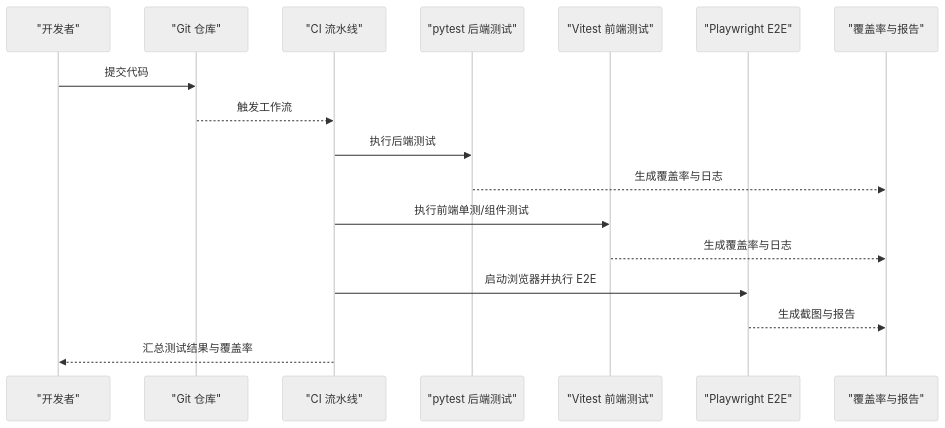
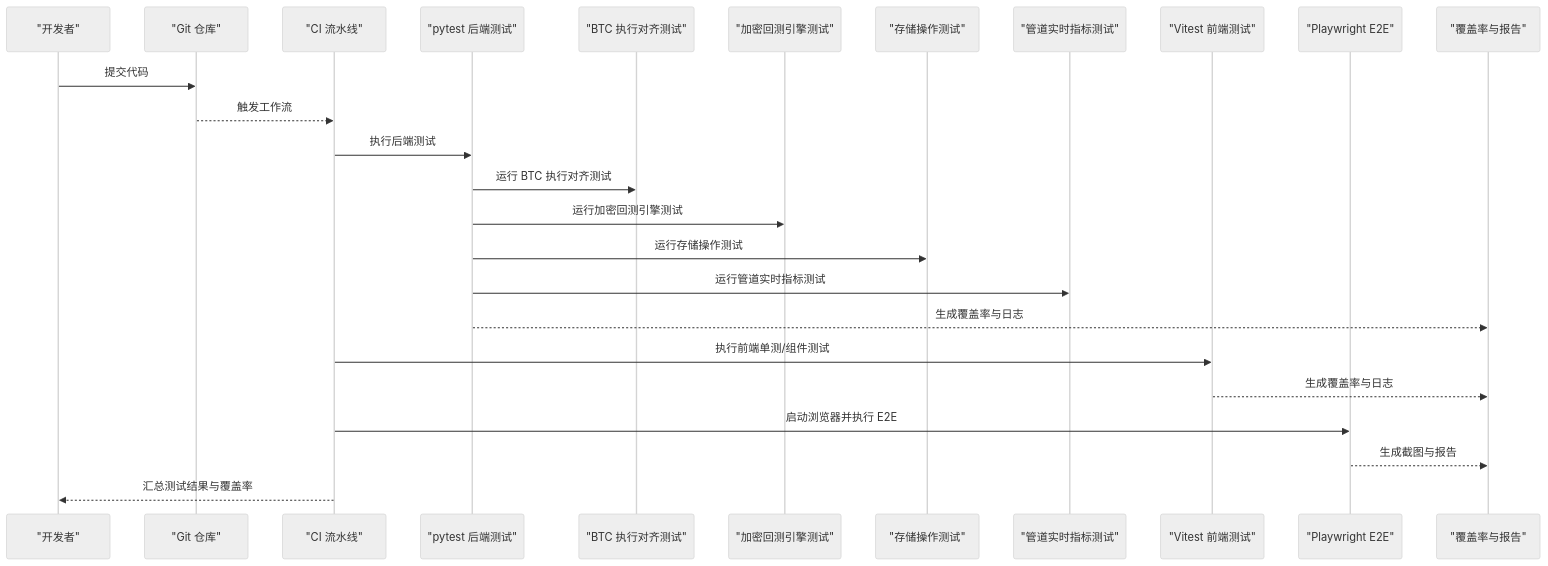
Before and after one commit to anYaoooo/daily_stock_analysis: the second of 10 diagrams in .qoder/repowiki/zh/content/开发指南/测试指南.md, drawn with Mermaid (neutral theme). The commit also changed other lines of this file and 140 other files, not shown here.

````diff
--- a/.qoder/repowiki/zh/content/开发指南/测试指南.md
+++ b/.qoder/repowiki/zh/content/开发指南/测试指南.md
@@ -109,19 +136,27 @@
 ```mermaid
 sequenceDiagram
 participant Dev as "开发者"
 participant Git as "Git 仓库"
 participant CI as "CI 流水线"
 participant PyTest as "pytest 后端测试"
+participant BTC as "BTC 执行对齐测试"
+participant Backtest as "加密回测引擎测试"
+participant Storage as "存储操作测试"
+participant Pipeline as "管道实时指标测试"
 participant Vitest as "Vitest 前端测试"
 participant PW as "Playwright E2E"
 participant Report as "覆盖率与报告"
 Dev->>Git : 提交代码
 Git-->>CI : 触发工作流
 CI->>PyTest : 执行后端测试
+PyTest->>BTC : 运行 BTC 执行对齐测试
+PyTest->>Backtest : 运行加密回测引擎测试
+PyTest->>Storage : 运行存储操作测试
+PyTest->>Pipeline : 运行管道实时指标测试
 PyTest-->>Report : 生成覆盖率与日志
 CI->>Vitest : 执行前端单测/组件测试
 Vitest-->>Report : 生成覆盖率与日志
 CI->>PW : 启动浏览器并执行 E2E
 PW-->>Report : 生成截图与报告
 CI-->>Dev : 汇总测试结果与覆盖率
 ```
````
